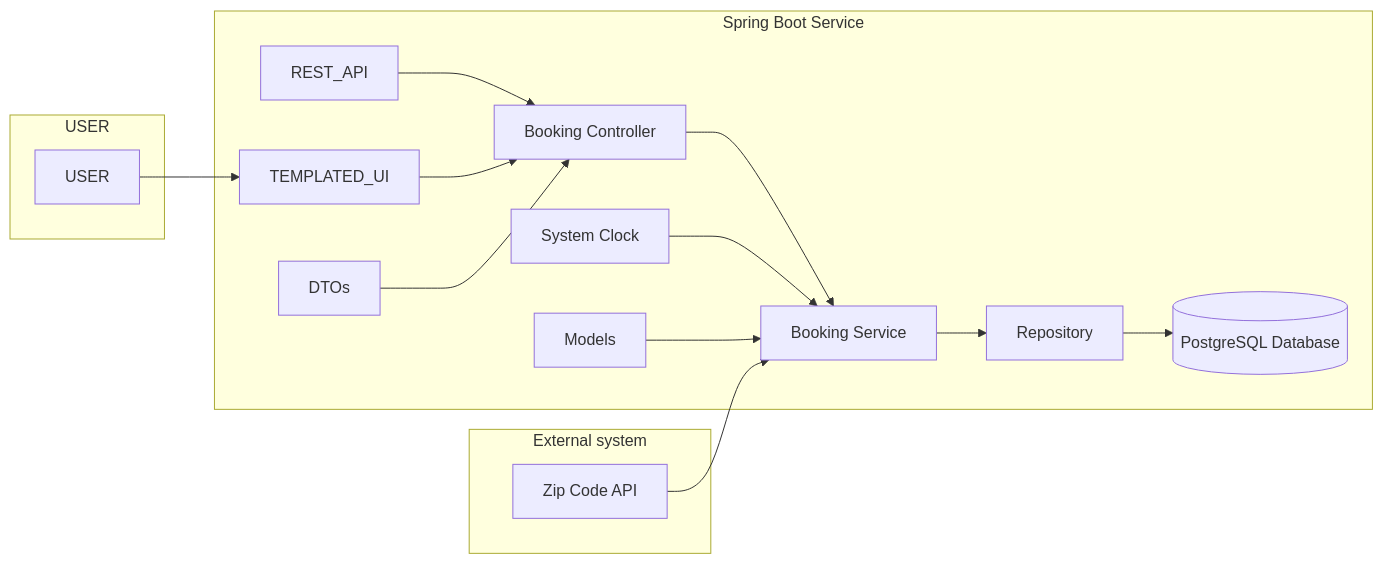
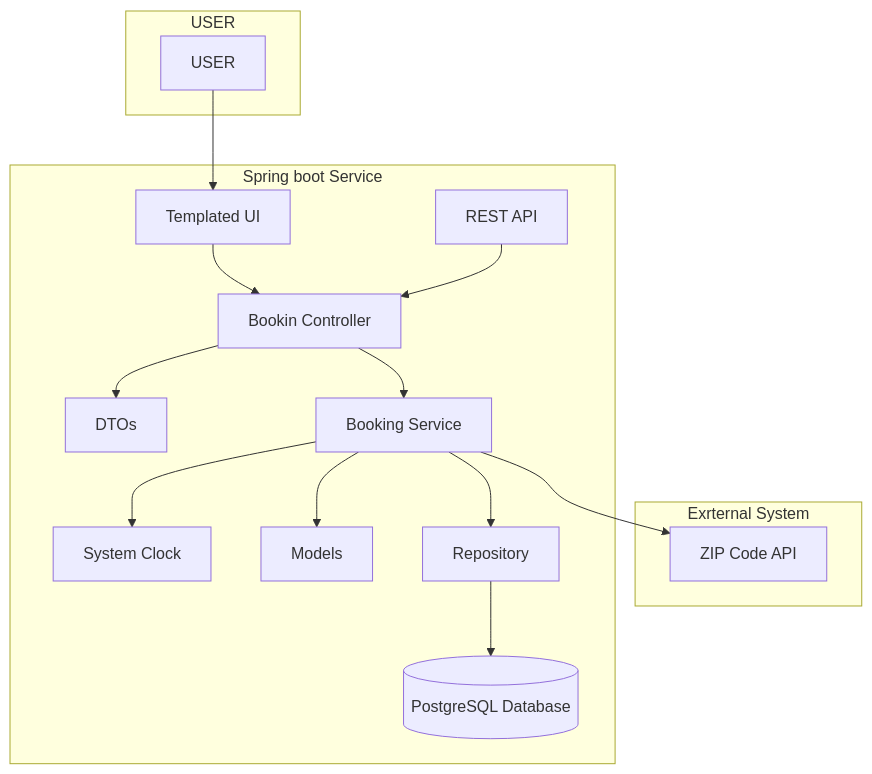
One commit to RomainChamb/bike-reservation-system changed the second of 2 diagrams in README.md. Above: the diagram before and after it, drawn with Mermaid. The commit also changed other lines of this file, not shown here.

Commit message:
Update Architecture diagram in README.md

````diff
--- a/README.md
+++ b/README.md
@@ -38,21 +42,21 @@
 ```mermaid
-graph LR
-    subgraph "External system" 
-        K[Zip Code API]
+graph TD
+    subgraph USER
+        H[USER]
     end
-    subgraph "USER"
-        M[USER]
+    subgraph Exrternal System
+        I[ZIP Code API]
     end
-    subgraph "Spring Boot Service"
-        REST_API --> D[Booking Controller]
-        L[TEMPLATED_UI] --> D
-        E[DTOs] --> D
-        D --> F[Booking Service]
-        J[System Clock] --> F
-        G[Models] --> F
-        F --> H[Repository]
-        H --> I[(PostgreSQL Database)]
+    subgraph Spring boot Service
+        A[Templated UI] --> B[Bookin Controller]
+        C[REST API] --> B
+        B --> DTOs
+        B --> D[Booking Service]
+        D --> E["System Clock"]
+        D --> Models
+        D --> F[Repository]
+        F --> G[(PostgreSQL Database)]
     end
-    K --> F
-    M --> L
+    H --> A
+    D --> I
 ```
````
